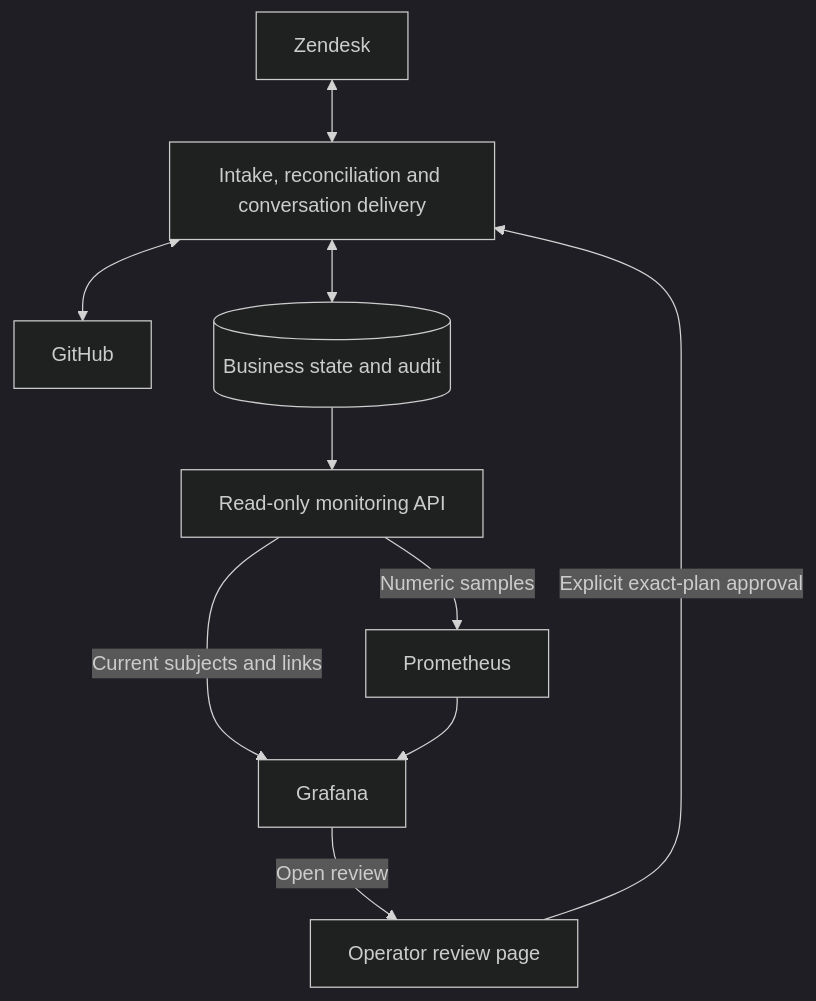
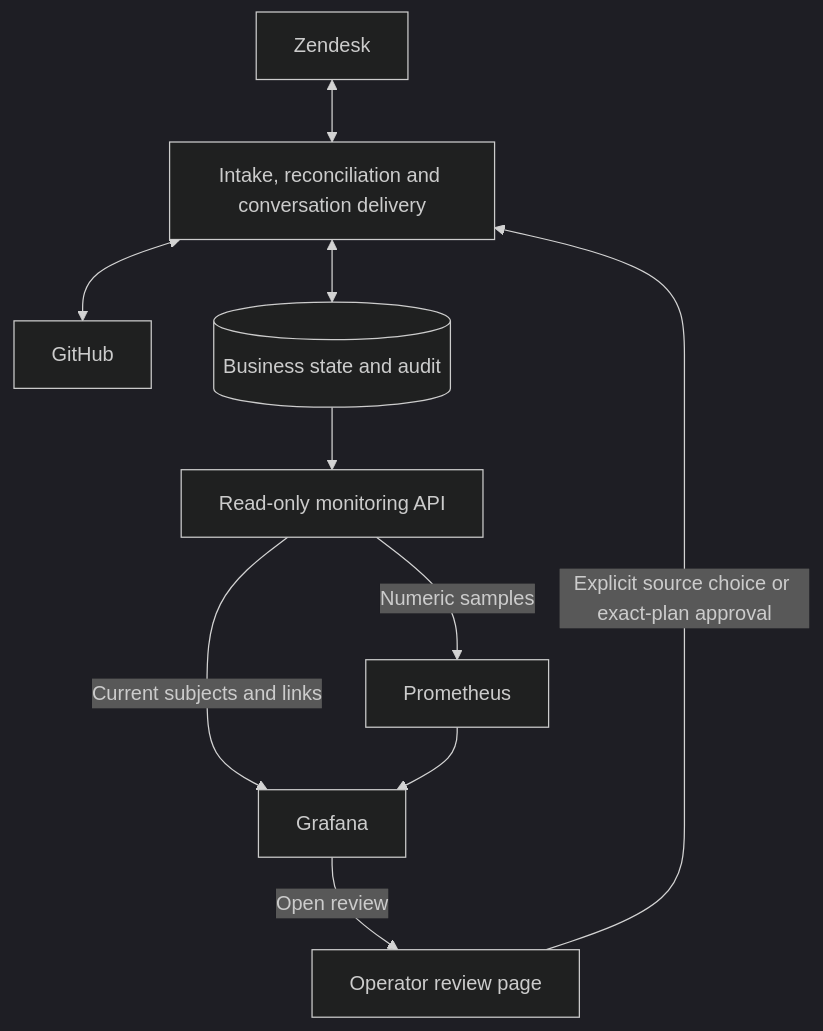
The diagram in README.md (AlbertFlorescu/support-bridge), drawn with Mermaid (dark theme) before and after one commit. The commit also changed other lines of this file and 29 other files, not shown here.

```diff
--- a/README.md
+++ b/README.md
@@ -51,12 +51,12 @@
 ~~~mermaid
 flowchart TB
     ZD["Zendesk"] <--> Workflow["Intake, reconciliation and conversation delivery"]
     Workflow <--> GH["GitHub"]
     Workflow <--> Store[("Business state and audit")]
     Store --> Read["Read-only monitoring API"]
     Read -->|"Current subjects and links"| Grafana["Grafana"]
     Read -->|"Numeric samples"| Prometheus["Prometheus"]
     Prometheus --> Grafana
     Grafana -->|"Open review"| Review["Operator review page"]
-    Review -->|"Explicit exact-plan approval"| Workflow
+    Review -->|"Explicit source choice or exact-plan approval"| Workflow
 ~~~
```
